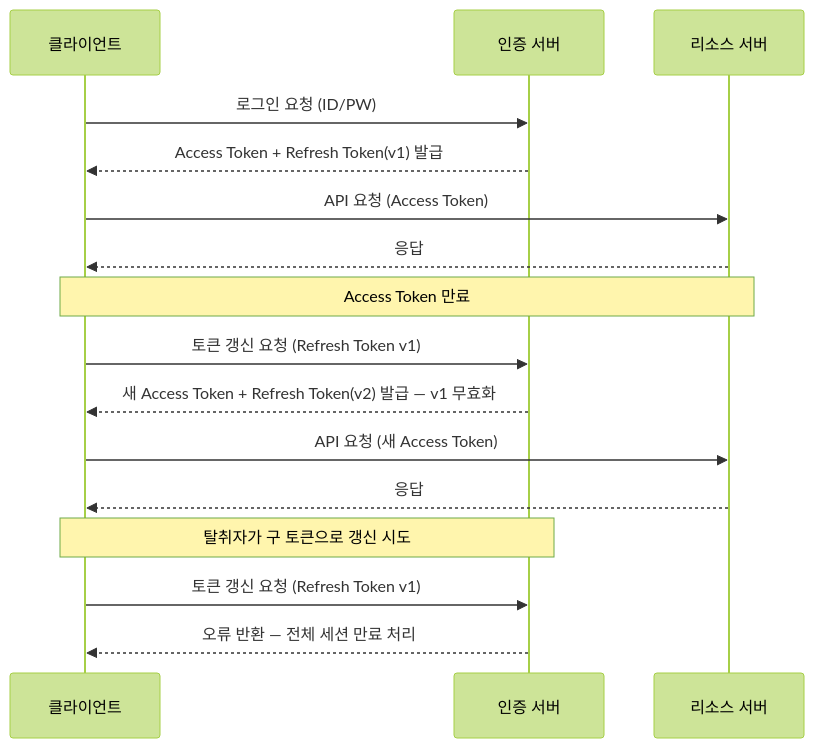
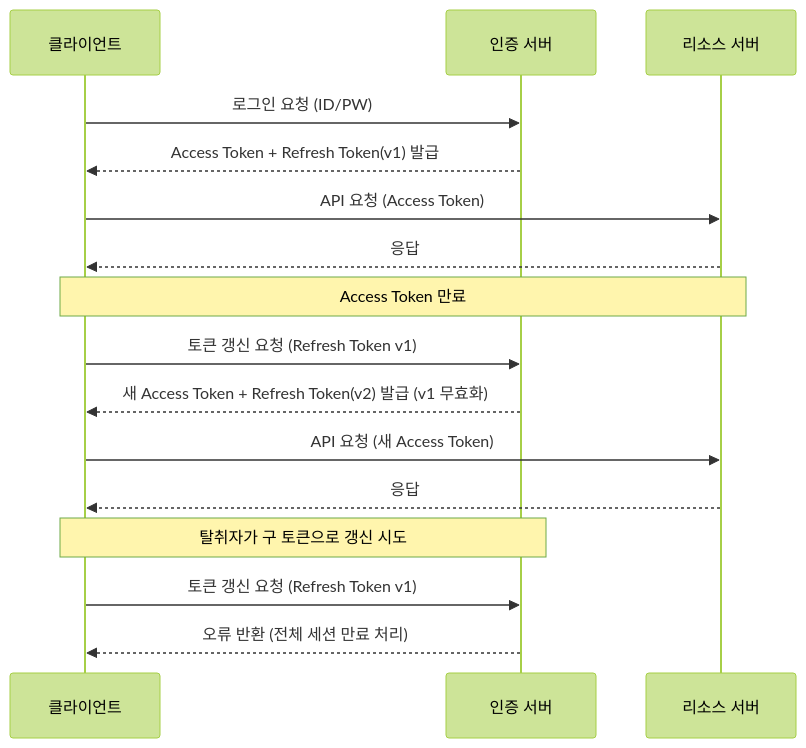
Before and after one commit to RHUK2/blog: the second of 2 diagrams in public/markdown/security_jwt/index.md, drawn with Mermaid (forest theme). The commit also changed 15 other files, not shown here.

````diff
--- a/public/markdown/security_jwt/index.md
+++ b/public/markdown/security_jwt/index.md
@@ -80,25 +80,25 @@
 ```mermaid
 sequenceDiagram
     participant C as 클라이언트
     participant A as 인증 서버
     participant R as 리소스 서버
 
     C->>A: 로그인 요청 (ID/PW)
     A-->>C: Access Token + Refresh Token(v1) 발급
 
     C->>R: API 요청 (Access Token)
     R-->>C: 응답
 
     Note over C,R: Access Token 만료
 
     C->>A: 토큰 갱신 요청 (Refresh Token v1)
-    A-->>C: 새 Access Token + Refresh Token(v2) 발급 — v1 무효화
+    A-->>C: 새 Access Token + Refresh Token(v2) 발급 (v1 무효화)
 
     C->>R: API 요청 (새 Access Token)
     R-->>C: 응답
 
     Note over C,A: 탈취자가 구 토큰으로 갱신 시도
 
     C->>A: 토큰 갱신 요청 (Refresh Token v1)
-    A-->>C: 오류 반환 — 전체 세션 만료 처리
+    A-->>C: 오류 반환 (전체 세션 만료 처리)
 ```
````
